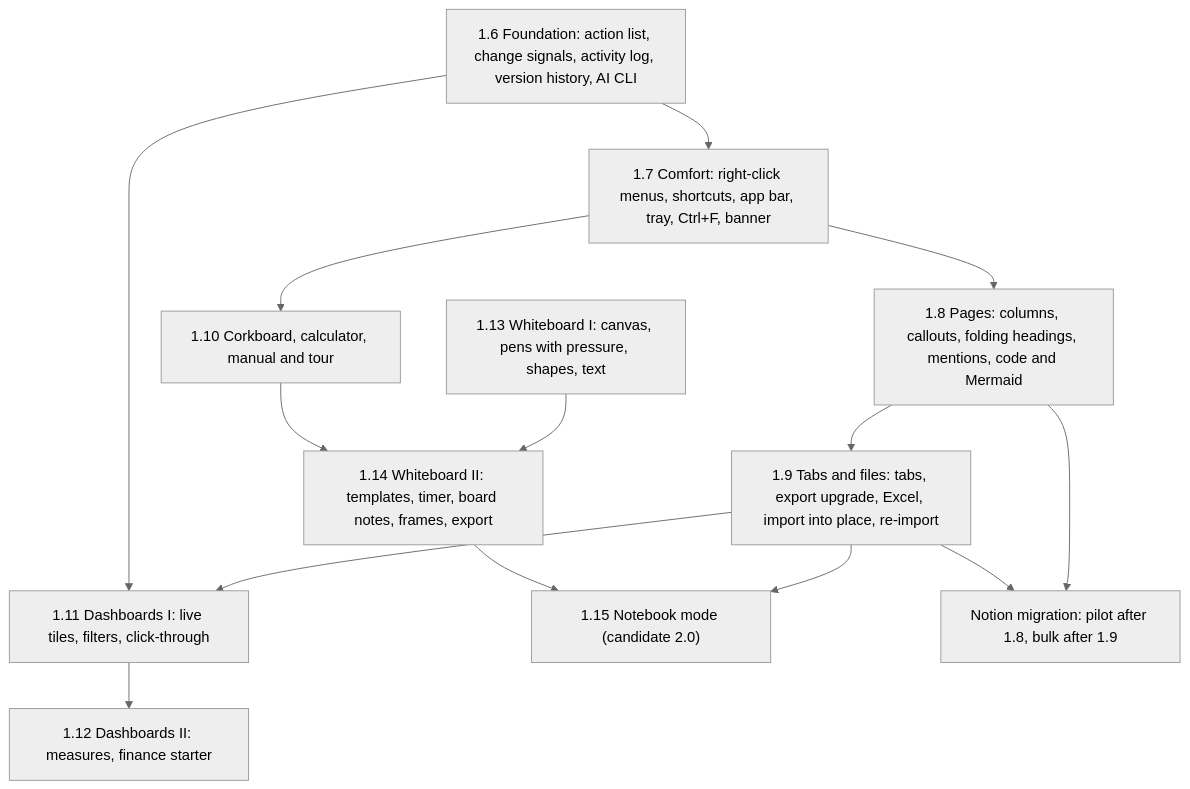
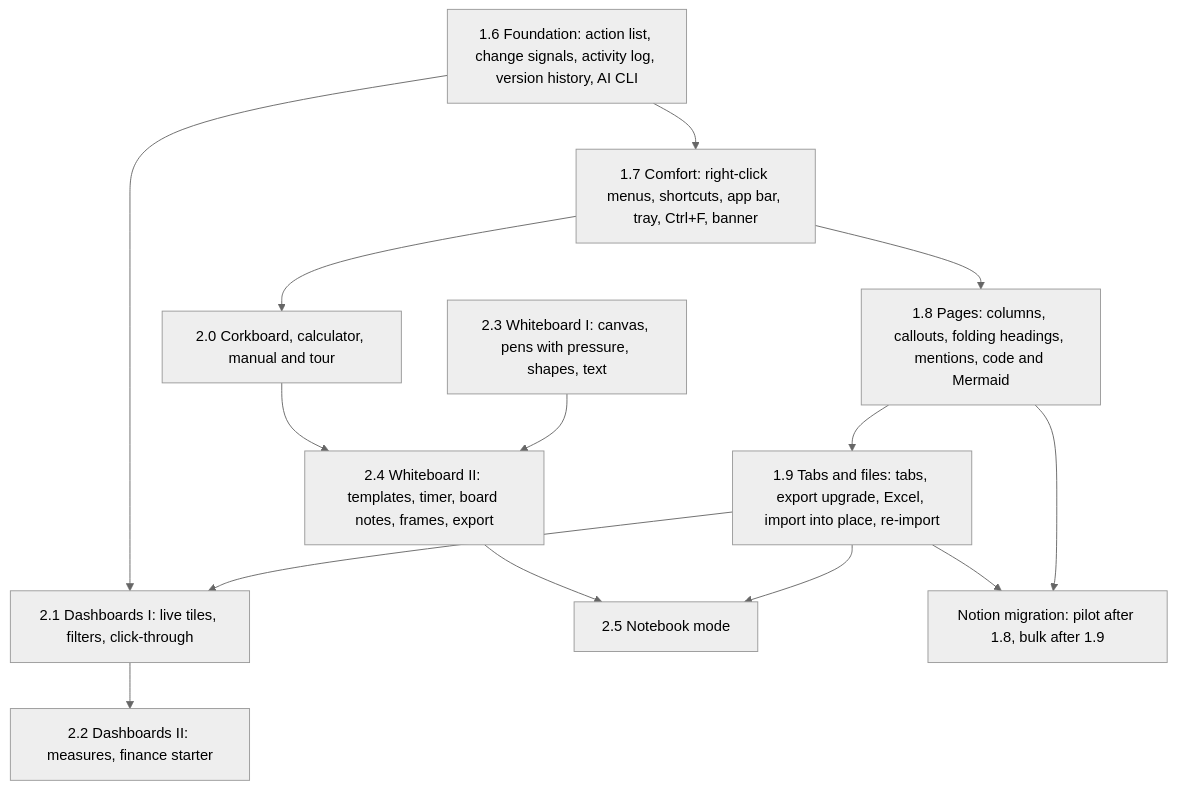
The diagram in docs/plan/2026-11-07-version-plan.md (CipherVaults/Notaya), drawn with Mermaid (neutral theme) before and after one commit. The commit also changed other lines of this file and 6 other files, not shown here.

````diff
--- a/docs/plan/2026-11-07-version-plan.md
+++ b/docs/plan/2026-11-07-version-plan.md
@@ -44,24 +65,24 @@
 ```mermaid
 flowchart TD
   F["1.6 Foundation: action list, change signals, activity log, version history, AI CLI"]
   C["1.7 Comfort: right-click menus, shortcuts, app bar, tray, Ctrl+F, banner"]
   P["1.8 Pages: columns, callouts, folding headings, mentions, code and Mermaid"]
   T["1.9 Tabs and files: tabs, export upgrade, Excel, import into place, re-import"]
-  K["1.10 Corkboard, calculator, manual and tour"]
-  D1["1.11 Dashboards I: live tiles, filters, click-through"]
-  D2["1.12 Dashboards II: measures, finance starter"]
-  W1["1.13 Whiteboard I: canvas, pens with pressure, shapes, text"]
-  W2["1.14 Whiteboard II: templates, timer, board notes, frames, export"]
-  N["1.15 Notebook mode (candidate 2.0)"]
+  K["2.0 Corkboard, calculator, manual and tour"]
+  D1["2.1 Dashboards I: live tiles, filters, click-through"]
+  D2["2.2 Dashboards II: measures, finance starter"]
+  W1["2.3 Whiteboard I: canvas, pens with pressure, shapes, text"]
+  W2["2.4 Whiteboard II: templates, timer, board notes, frames, export"]
+  N["2.5 Notebook mode"]
   M["Notion migration: pilot after 1.8, bulk after 1.9"]
   F --> C --> P --> T
   F --> D1
   C --> K
   T --> M
   P --> M
   K --> W2
   D1 --> D2
   T --> D1
   W1 --> W2 --> N
   T --> N
 ```
````
